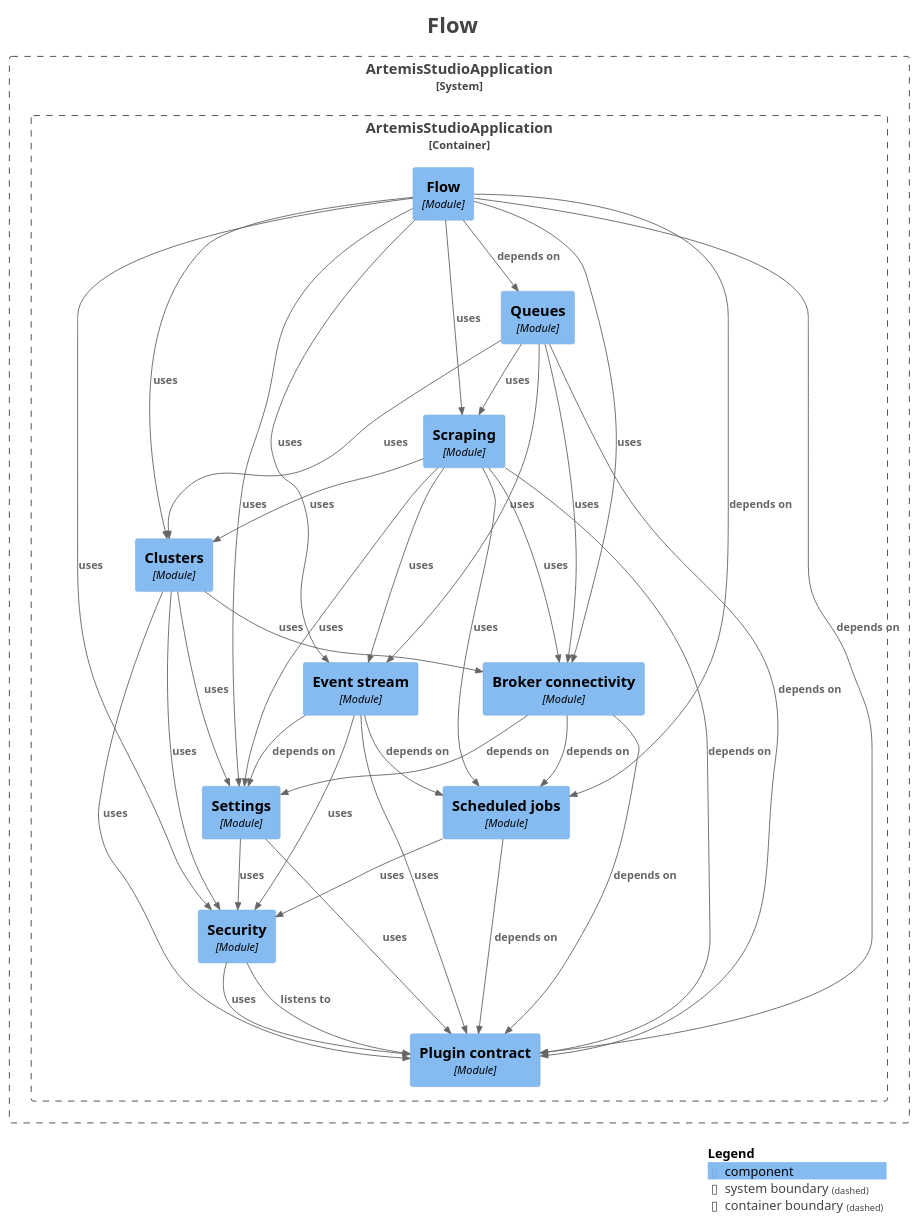
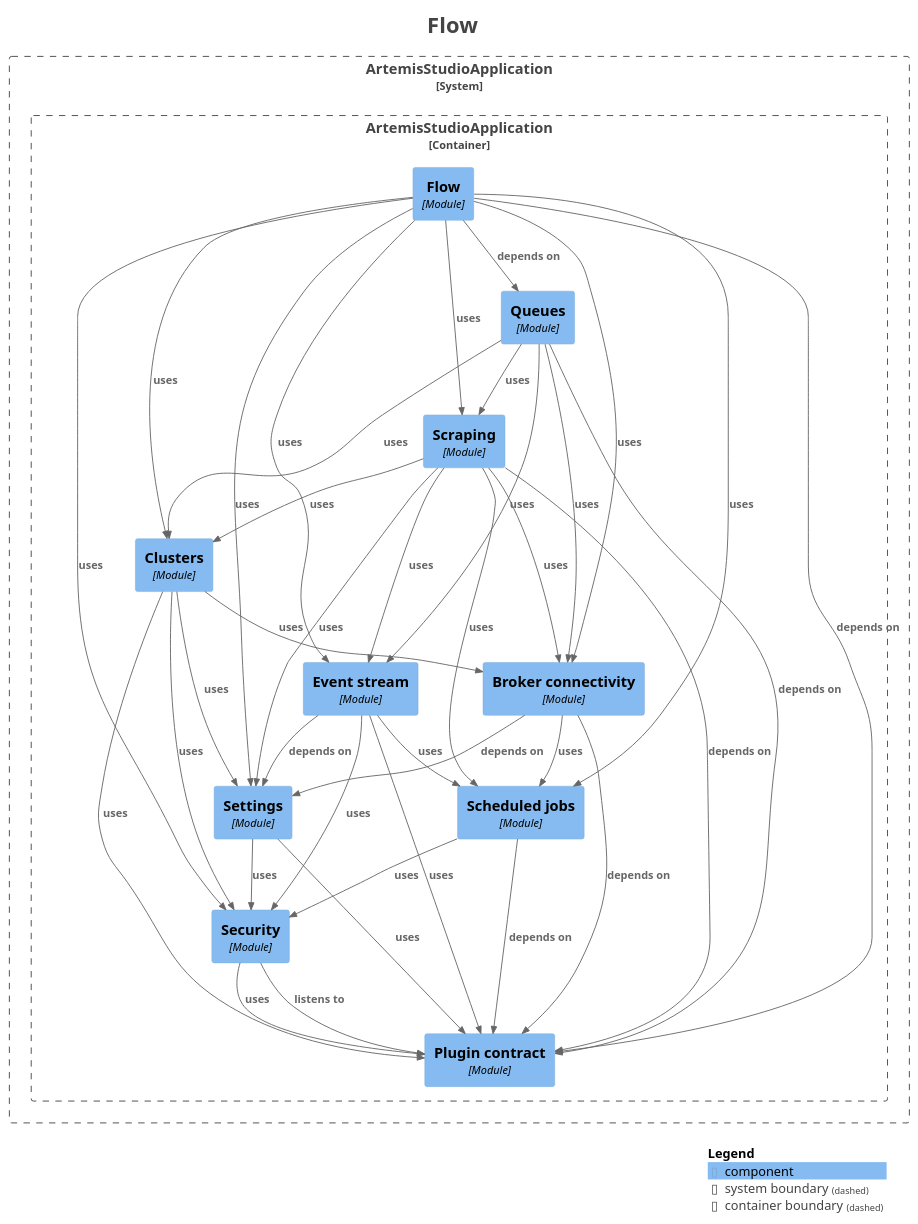
The diagram in docs/modules/module-feature.flow.puml (sudoitir/artemis-studio), drawn with PlantUML before and after one commit. The commit also changed 59 other files, not shown here.

```diff
--- a/docs/modules/module-feature.flow.puml
+++ b/docs/modules/module-feature.flow.puml
@@ -1,74 +1,74 @@
 @startuml
 title <size:24>Flow</size>
 
 set separator none
 top to bottom direction
 
 <style>
   root {
     BackgroundColor: #ffffff
     FontColor: #444444
   }
 </style>
 
 !include <C4/C4>
 !include <C4/C4_Context>
 !include <C4/C4_Component>
 
 System_Boundary("ArtemisStudioApplication_boundary", "ArtemisStudioApplication", $tags="") {
   Container_Boundary("ArtemisStudioApplication.ArtemisStudioApplication_boundary", "ArtemisStudioApplication", $tags="") {
     Component(ArtemisStudioApplication.ArtemisStudioApplication.Settings, "Settings", $techn="Module", $descr="", $tags="", $link="")
     Component(ArtemisStudioApplication.ArtemisStudioApplication.Eventstream, "Event stream", $techn="Module", $descr="", $tags="", $link="")
     Component(ArtemisStudioApplication.ArtemisStudioApplication.Brokerconnectivity, "Broker connectivity", $techn="Module", $descr="", $tags="", $link="")
     Component(ArtemisStudioApplication.ArtemisStudioApplication.Clusters, "Clusters", $techn="Module", $descr="", $tags="", $link="")
     Component(ArtemisStudioApplication.ArtemisStudioApplication.Scraping, "Scraping", $techn="Module", $descr="", $tags="", $link="")
     Component(ArtemisStudioApplication.ArtemisStudioApplication.Queues, "Queues", $techn="Module", $descr="", $tags="", $link="")
     Component(ArtemisStudioApplication.ArtemisStudioApplication.Flow, "Flow", $techn="Module", $descr="", $tags="", $link="")
     Component(ArtemisStudioApplication.ArtemisStudioApplication.Plugincontract, "Plugin contract", $techn="Module", $descr="", $tags="", $link="")
     Component(ArtemisStudioApplication.ArtemisStudioApplication.Security, "Security", $techn="Module", $descr="", $tags="", $link="")
     Component(ArtemisStudioApplication.ArtemisStudioApplication.Scheduledjobs, "Scheduled jobs", $techn="Module", $descr="", $tags="", $link="")
   }
 
 }
 
 Rel(ArtemisStudioApplication.ArtemisStudioApplication.Brokerconnectivity, ArtemisStudioApplication.ArtemisStudioApplication.Plugincontract, "depends on", $techn="", $tags="", $link="")
-Rel(ArtemisStudioApplication.ArtemisStudioApplication.Brokerconnectivity, ArtemisStudioApplication.ArtemisStudioApplication.Scheduledjobs, "depends on", $techn="", $tags="", $link="")
+Rel(ArtemisStudioApplication.ArtemisStudioApplication.Brokerconnectivity, ArtemisStudioApplication.ArtemisStudioApplication.Scheduledjobs, "uses", $techn="", $tags="", $link="")
 Rel(ArtemisStudioApplication.ArtemisStudioApplication.Brokerconnectivity, ArtemisStudioApplication.ArtemisStudioApplication.Settings, "depends on", $techn="", $tags="", $link="")
 Rel(ArtemisStudioApplication.ArtemisStudioApplication.Clusters, ArtemisStudioApplication.ArtemisStudioApplication.Brokerconnectivity, "uses", $techn="", $tags="", $link="")
 Rel(ArtemisStudioApplication.ArtemisStudioApplication.Clusters, ArtemisStudioApplication.ArtemisStudioApplication.Plugincontract, "uses", $techn="", $tags="", $link="")
 Rel(ArtemisStudioApplication.ArtemisStudioApplication.Clusters, ArtemisStudioApplication.ArtemisStudioApplication.Security, "uses", $techn="", $tags="", $link="")
 Rel(ArtemisStudioApplication.ArtemisStudioApplication.Clusters, ArtemisStudioApplication.ArtemisStudioApplication.Settings, "uses", $techn="", $tags="", $link="")
 Rel(ArtemisStudioApplication.ArtemisStudioApplication.Eventstream, ArtemisStudioApplication.ArtemisStudioApplication.Plugincontract, "uses", $techn="", $tags="", $link="")
-Rel(ArtemisStudioApplication.ArtemisStudioApplication.Eventstream, ArtemisStudioApplication.ArtemisStudioApplication.Scheduledjobs, "depends on", $techn="", $tags="", $link="")
+Rel(ArtemisStudioApplication.ArtemisStudioApplication.Eventstream, ArtemisStudioApplication.ArtemisStudioApplication.Scheduledjobs, "uses", $techn="", $tags="", $link="")
 Rel(ArtemisStudioApplication.ArtemisStudioApplication.Eventstream, ArtemisStudioApplication.ArtemisStudioApplication.Security, "uses", $techn="", $tags="", $link="")
 Rel(ArtemisStudioApplication.ArtemisStudioApplication.Eventstream, ArtemisStudioApplication.ArtemisStudioApplication.Settings, "depends on", $techn="", $tags="", $link="")
 Rel(ArtemisStudioApplication.ArtemisStudioApplication.Flow, ArtemisStudioApplication.ArtemisStudioApplication.Brokerconnectivity, "uses", $techn="", $tags="", $link="")
 Rel(ArtemisStudioApplication.ArtemisStudioApplication.Flow, ArtemisStudioApplication.ArtemisStudioApplication.Clusters, "uses", $techn="", $tags="", $link="")
 Rel(ArtemisStudioApplication.ArtemisStudioApplication.Flow, ArtemisStudioApplication.ArtemisStudioApplication.Eventstream, "uses", $techn="", $tags="", $link="")
 Rel(ArtemisStudioApplication.ArtemisStudioApplication.Flow, ArtemisStudioApplication.ArtemisStudioApplication.Plugincontract, "depends on", $techn="", $tags="", $link="")
 Rel(ArtemisStudioApplication.ArtemisStudioApplication.Flow, ArtemisStudioApplication.ArtemisStudioApplication.Queues, "depends on", $techn="", $tags="", $link="")
-Rel(ArtemisStudioApplication.ArtemisStudioApplication.Flow, ArtemisStudioApplication.ArtemisStudioApplication.Scheduledjobs, "depends on", $techn="", $tags="", $link="")
+Rel(ArtemisStudioApplication.ArtemisStudioApplication.Flow, ArtemisStudioApplication.ArtemisStudioApplication.Scheduledjobs, "uses", $techn="", $tags="", $link="")
 Rel(ArtemisStudioApplication.ArtemisStudioApplication.Flow, ArtemisStudioApplication.ArtemisStudioApplication.Scraping, "uses", $techn="", $tags="", $link="")
 Rel(ArtemisStudioApplication.ArtemisStudioApplication.Flow, ArtemisStudioApplication.ArtemisStudioApplication.Security, "uses", $techn="", $tags="", $link="")
 Rel(ArtemisStudioApplication.ArtemisStudioApplication.Flow, ArtemisStudioApplication.ArtemisStudioApplication.Settings, "uses", $techn="", $tags="", $link="")
 Rel(ArtemisStudioApplication.ArtemisStudioApplication.Queues, ArtemisStudioApplication.ArtemisStudioApplication.Brokerconnectivity, "uses", $techn="", $tags="", $link="")
 Rel(ArtemisStudioApplication.ArtemisStudioApplication.Queues, ArtemisStudioApplication.ArtemisStudioApplication.Clusters, "uses", $techn="", $tags="", $link="")
 Rel(ArtemisStudioApplication.ArtemisStudioApplication.Queues, ArtemisStudioApplication.ArtemisStudioApplication.Eventstream, "uses", $techn="", $tags="", $link="")
 Rel(ArtemisStudioApplication.ArtemisStudioApplication.Queues, ArtemisStudioApplication.ArtemisStudioApplication.Plugincontract, "depends on", $techn="", $tags="", $link="")
 Rel(ArtemisStudioApplication.ArtemisStudioApplication.Queues, ArtemisStudioApplication.ArtemisStudioApplication.Scraping, "uses", $techn="", $tags="", $link="")
 Rel(ArtemisStudioApplication.ArtemisStudioApplication.Scheduledjobs, ArtemisStudioApplication.ArtemisStudioApplication.Plugincontract, "depends on", $techn="", $tags="", $link="")
 Rel(ArtemisStudioApplication.ArtemisStudioApplication.Scheduledjobs, ArtemisStudioApplication.ArtemisStudioApplication.Security, "uses", $techn="", $tags="", $link="")
 Rel(ArtemisStudioApplication.ArtemisStudioApplication.Scraping, ArtemisStudioApplication.ArtemisStudioApplication.Brokerconnectivity, "uses", $techn="", $tags="", $link="")
 Rel(ArtemisStudioApplication.ArtemisStudioApplication.Scraping, ArtemisStudioApplication.ArtemisStudioApplication.Clusters, "uses", $techn="", $tags="", $link="")
 Rel(ArtemisStudioApplication.ArtemisStudioApplication.Scraping, ArtemisStudioApplication.ArtemisStudioApplication.Eventstream, "uses", $techn="", $tags="", $link="")
 Rel(ArtemisStudioApplication.ArtemisStudioApplication.Scraping, ArtemisStudioApplication.ArtemisStudioApplication.Plugincontract, "depends on", $techn="", $tags="", $link="")
 Rel(ArtemisStudioApplication.ArtemisStudioApplication.Scraping, ArtemisStudioApplication.ArtemisStudioApplication.Scheduledjobs, "uses", $techn="", $tags="", $link="")
 Rel(ArtemisStudioApplication.ArtemisStudioApplication.Scraping, ArtemisStudioApplication.ArtemisStudioApplication.Settings, "uses", $techn="", $tags="", $link="")
 Rel(ArtemisStudioApplication.ArtemisStudioApplication.Security, ArtemisStudioApplication.ArtemisStudioApplication.Plugincontract, "listens to", $techn="", $tags="", $link="")
 Rel(ArtemisStudioApplication.ArtemisStudioApplication.Security, ArtemisStudioApplication.ArtemisStudioApplication.Plugincontract, "uses", $techn="", $tags="", $link="")
 Rel(ArtemisStudioApplication.ArtemisStudioApplication.Settings, ArtemisStudioApplication.ArtemisStudioApplication.Plugincontract, "uses", $techn="", $tags="", $link="")
 Rel(ArtemisStudioApplication.ArtemisStudioApplication.Settings, ArtemisStudioApplication.ArtemisStudioApplication.Security, "uses", $techn="", $tags="", $link="")
 
 SHOW_LEGEND(true)
 hide stereotypes
 @enduml
```
